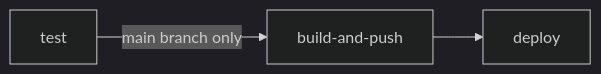
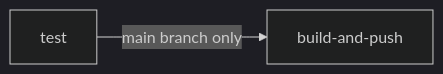
One commit to valsar6/node-ts-realtime-boilerplate changed the second of 2 diagrams in docs/guides/deployment.md. Above: the diagram before and after it, drawn with Mermaid (dark theme). The commit also changed other lines of this file and 3 other files, not shown here.

````diff
--- a/docs/guides/deployment.md
+++ b/docs/guides/deployment.md
@@ -65,5 +65,4 @@
 ```mermaid
 graph LR
     A[test] -->|main branch only| B[build-and-push]
-    B --> C[deploy]
 ```
````
